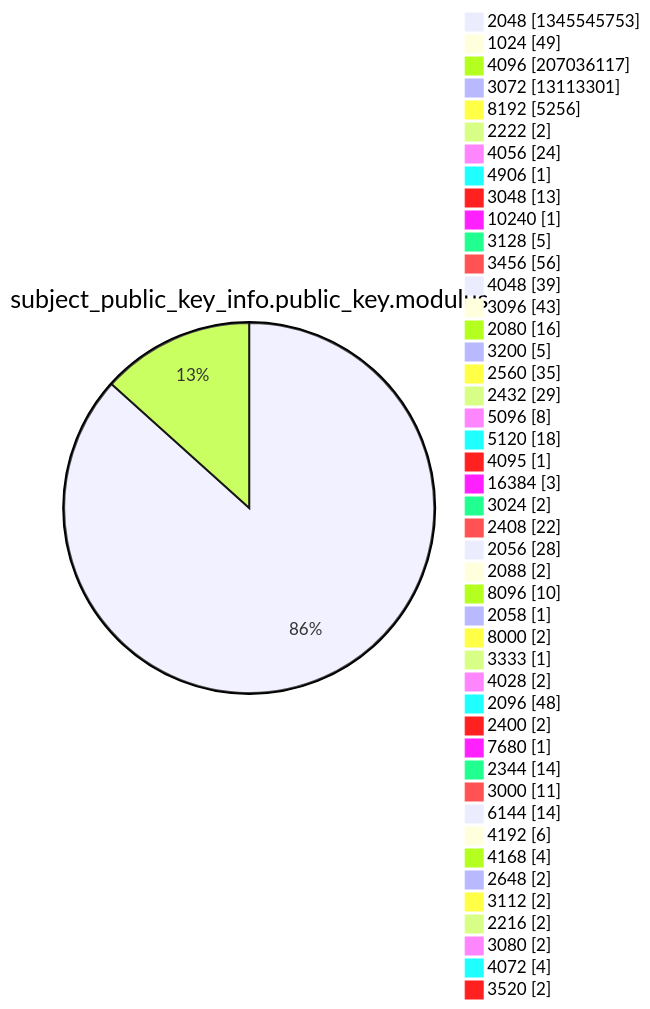
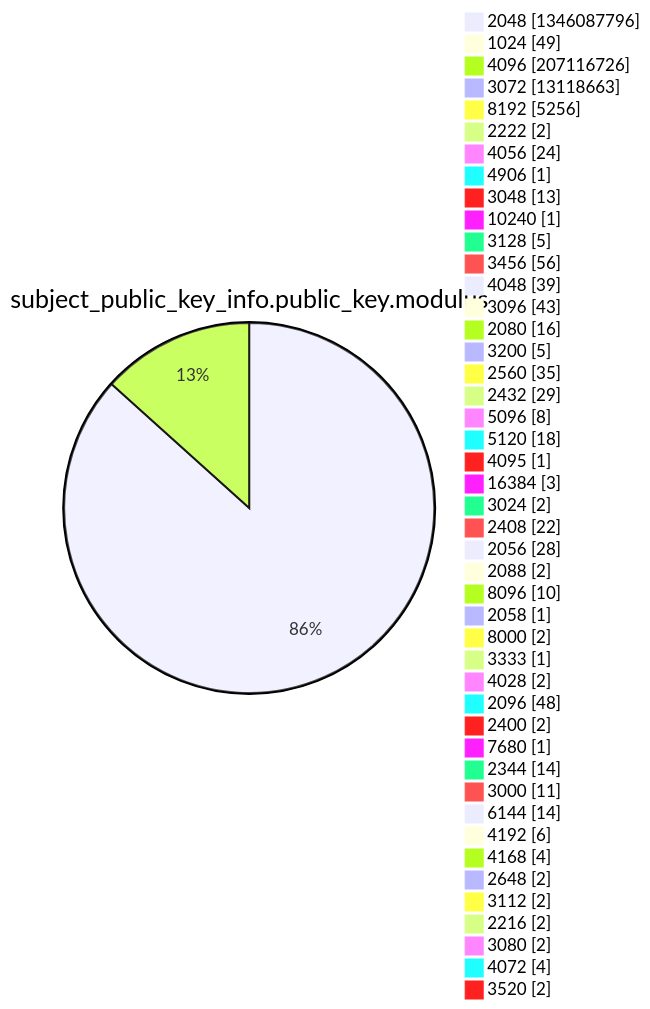
Diagram 13 of 15 in xenon2022/README.md (christiankrug/ctmonitor_visualization), drawn with Mermaid before and after one commit. The commit also changed other lines of this file, not shown here.

````diff
--- a/xenon2022/README.md
+++ b/xenon2022/README.md
@@ -3927,49 +3927,49 @@
 ```mermaid
 pie showData
 title subject_public_key_info.public_key.modulus
-"2048" :1345545753
+"2048" :1346087796
 "1024" :49
-"4096" :207036117
-"3072" :13113301
+"4096" :207116726
+"3072" :13118663
 "8192" :5256
 "2222" :2
 "4056" :24
 "4906" :1
 "3048" :13
 "10240" :1
 "3128" :5
 "3456" :56
 "4048" :39
 "3096" :43
 "2080" :16
 "3200" :5
 "2560" :35
 "2432" :29
 "5096" :8
 "5120" :18
 "4095" :1
 "16384" :3
 "3024" :2
 "2408" :22
 "2056" :28
 "2088" :2
 "8096" :10
 "2058" :1
 "8000" :2
 "3333" :1
 "4028" :2
 "2096" :48
 "2400" :2
 "7680" :1
 "2344" :14
 "3000" :11
 "6144" :14
 "4192" :6
 "4168" :4
 "2648" :2
 "3112" :2
 "2216" :2
 "3080" :2
 "4072" :4
 "3520" :2
 ```
````
